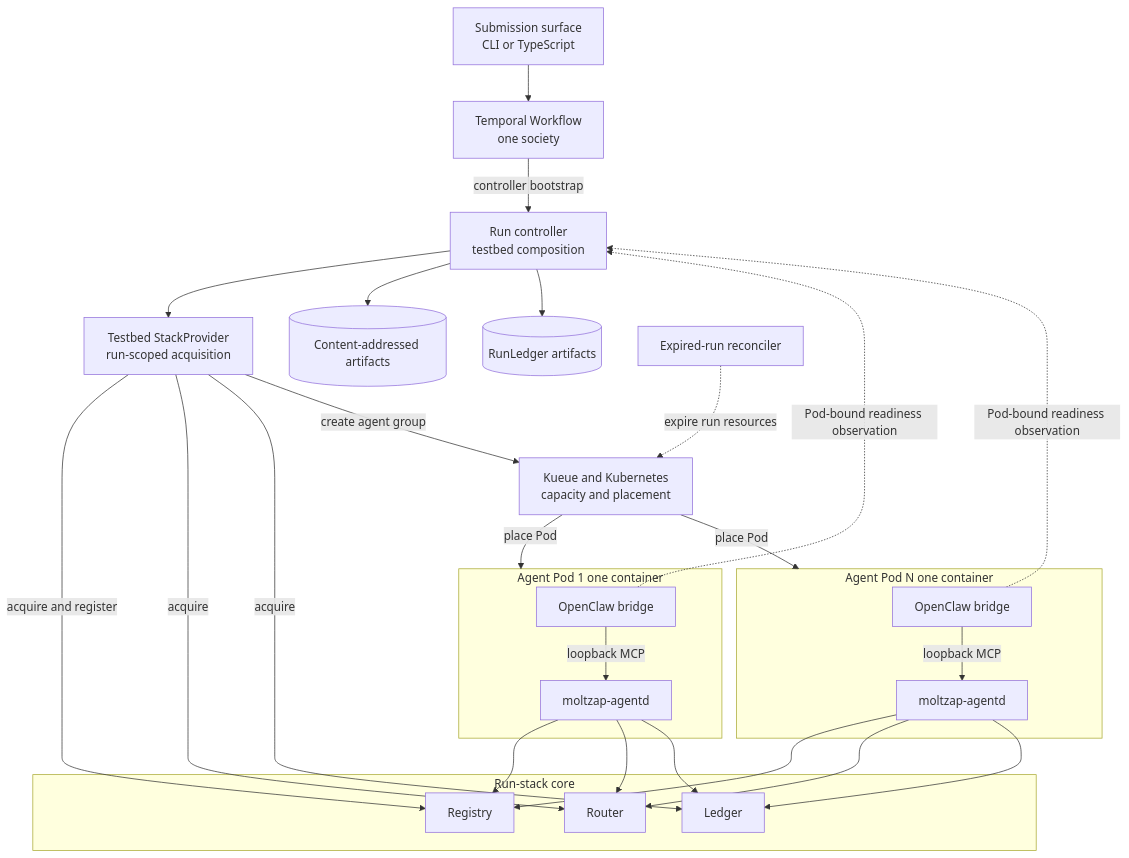
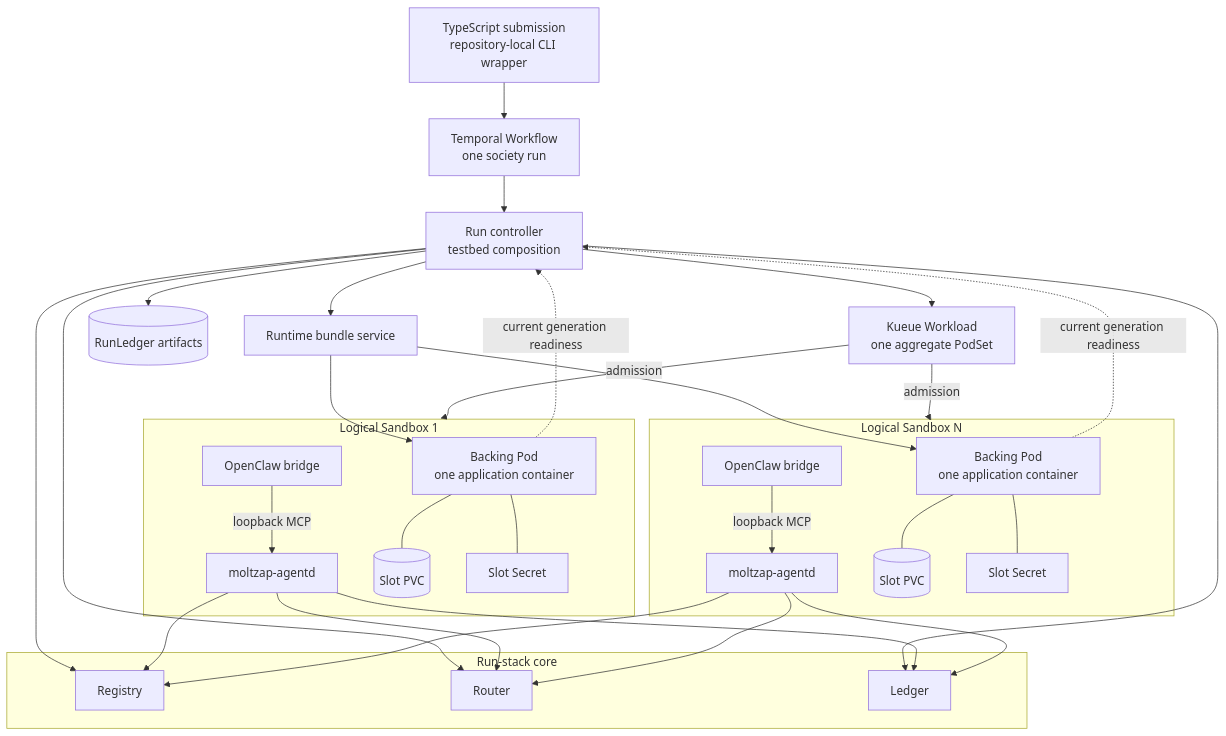
Before and after one commit to chughtapan/moltzap: the first of 2 diagrams in docs/architecture/distributed-society-execution.md, drawn with Mermaid. The commit also changed other lines of this file and 13 other files, not shown here.

Commit message:
docs(v2): adopt Agent Sandbox society execution

````diff
--- a/docs/architecture/distributed-society-execution.md
+++ b/docs/architecture/distributed-society-execution.md
@@ -26,50 +12,58 @@
 ```mermaid
 flowchart TB
-  CLI[Submission surface<br>CLI or TypeScript]
-  T[Temporal Workflow<br>one society]
+  S[TypeScript submission<br>repository-local CLI wrapper]
+  T[Temporal Workflow<br>one society run]
   C[Run controller<br>testbed composition]
-  SP[Testbed StackProvider<br>run-scoped acquisition]
-  K[Kueue and Kubernetes<br>capacity and placement]
+  W[Kueue Workload<br>one aggregate PodSet]
+  B[Runtime bundle service]
   RL[(RunLedger artifacts)]
-  GCS[(Content-addressed artifacts)]
-  J[Expired-run reconciler]
 
-  subgraph RunStackCore[Run-stack core]
+  subgraph Core[Run-stack core]
     I[Registry]
     R[Router]
     L[Ledger]
   end
 
-  subgraph P1[Agent Pod 1 one container]
+  subgraph Slot1[Logical Sandbox 1]
+    P1[Backing Pod<br>one application container]
     O1[OpenClaw bridge]
     D1[moltzap-agentd]
+    V1[(Slot PVC)]
+    K1[Slot Secret]
     O1 -- loopback MCP --> D1
+    P1 --- V1
+    P1 --- K1
   end
 
-  subgraph PN[Agent Pod N one container]
+  subgraph SlotN[Logical Sandbox N]
+    PN[Backing Pod<br>one application container]
     ON[OpenClaw bridge]
     DN[moltzap-agentd]
+    VN[(Slot PVC)]
+    KN[Slot Secret]
     ON -- loopback MCP --> DN
+    PN --- VN
+    PN --- KN
   end
 
-  CLI --> T
-  T -- controller bootstrap --> C
-  C --> SP
-  C --> GCS
+  S --> T
+  T --> C
+  C --> W
+  C --> B
   C --> RL
-  SP -- acquire and register --> I
-  SP -- acquire --> R
-  SP -- acquire --> L
-  SP -- create agent group --> K
-  K -- place Pod --> P1
-  K -- place Pod --> PN
-  O1 -. Pod-bound readiness observation .-> C
-  ON -. Pod-bound readiness observation .-> C
+  C --> I
+  C --> R
+  C --> L
+  W -- admission --> Slot1
+  W -- admission --> SlotN
+  B --> P1
+  B --> PN
   D1 --> I
   D1 --> R
   D1 --> L
   DN --> I
   DN --> R
   DN --> L
-  J -. expire run resources .-> K
+  P1 -. current generation readiness .-> C
+  PN -. current generation readiness .-> C
 ```
````
